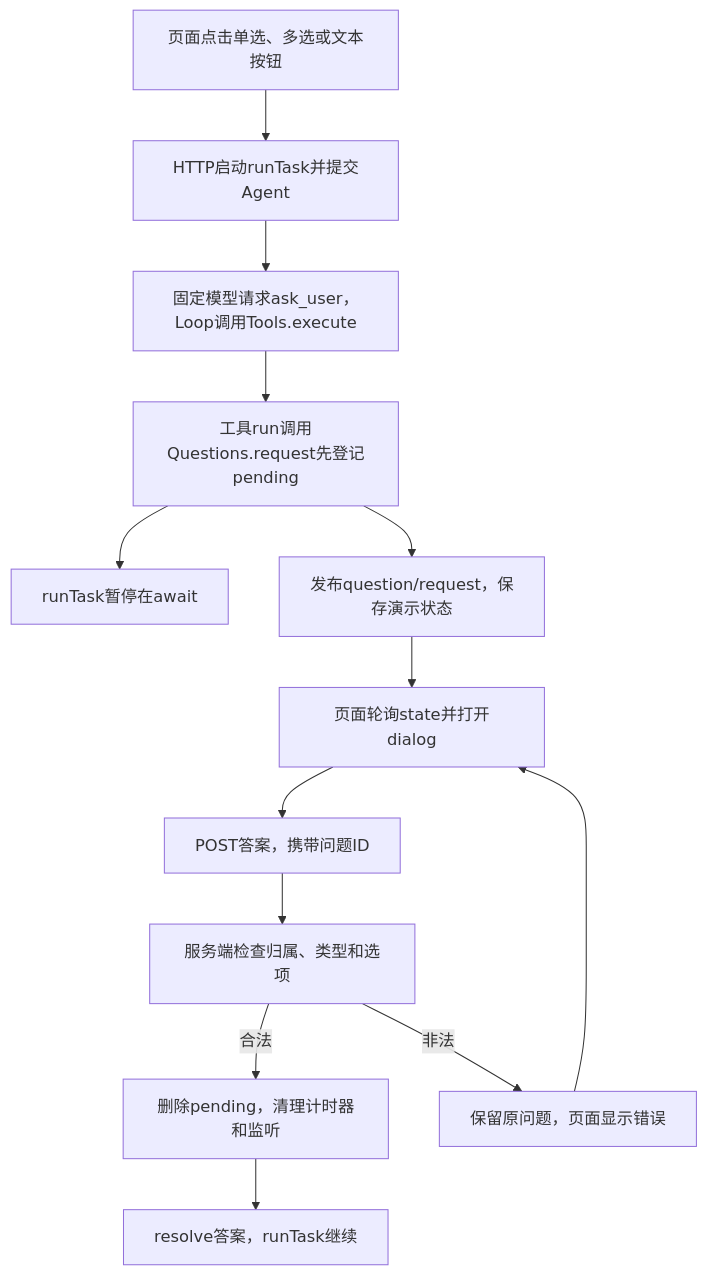
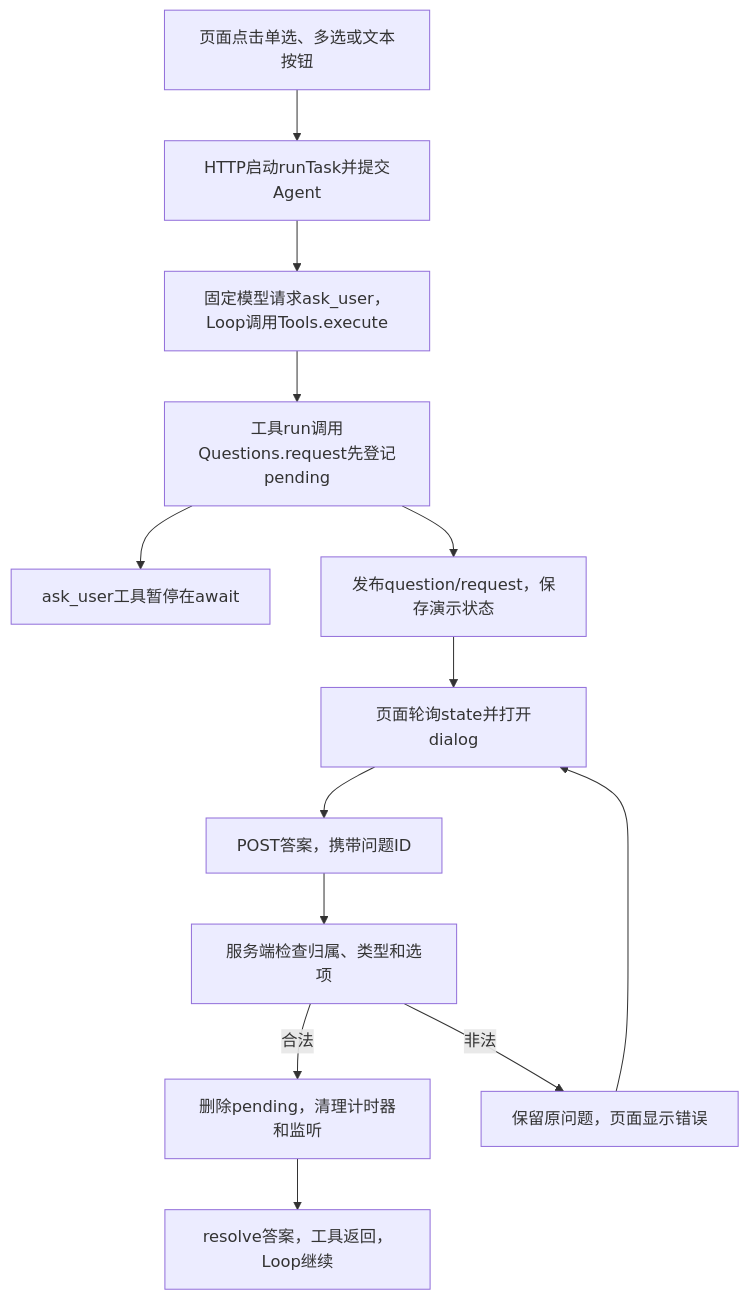
One commit to dddddd889/deepseek-harness-demo changed the first of 6 diagrams in tutorial/linear/supplements/023-user-questions.md. Above: the diagram before and after it, drawn with Mermaid. The commit also changed other lines of this file, not shown here.

Commit message:
docs: 对齐问答概览图中的实际工具等待位置

````diff
--- a/tutorial/linear/supplements/023-user-questions.md
+++ b/tutorial/linear/supplements/023-user-questions.md
@@ -29,15 +29,15 @@
 ```mermaid
 flowchart TD
     Start[页面点击单选、多选或文本按钮] --> Task[HTTP启动runTask并提交Agent]
     Task --> Tool[固定模型请求ask_user，Loop调用Tools.execute]
     Tool --> Q[工具run调用Questions.request先登记pending]
-    Q --> Wait[runTask暂停在await]
+    Q --> Wait[ask_user工具暂停在await]
     Q --> State[发布question/request，保存演示状态]
     State --> Dialog[页面轮询state并打开dialog]
     Dialog --> Answer[POST答案，携带问题ID]
     Answer --> Check[服务端检查归属、类型和选项]
     Check -->|合法| Finish[删除pending，清理计时器和监听]
     Check -->|非法| Retry[保留原问题，页面显示错误]
     Retry --> Dialog
-    Finish --> Continue[resolve答案，runTask继续]
+    Finish --> Continue[resolve答案，工具返回，Loop继续]
 ```
````
